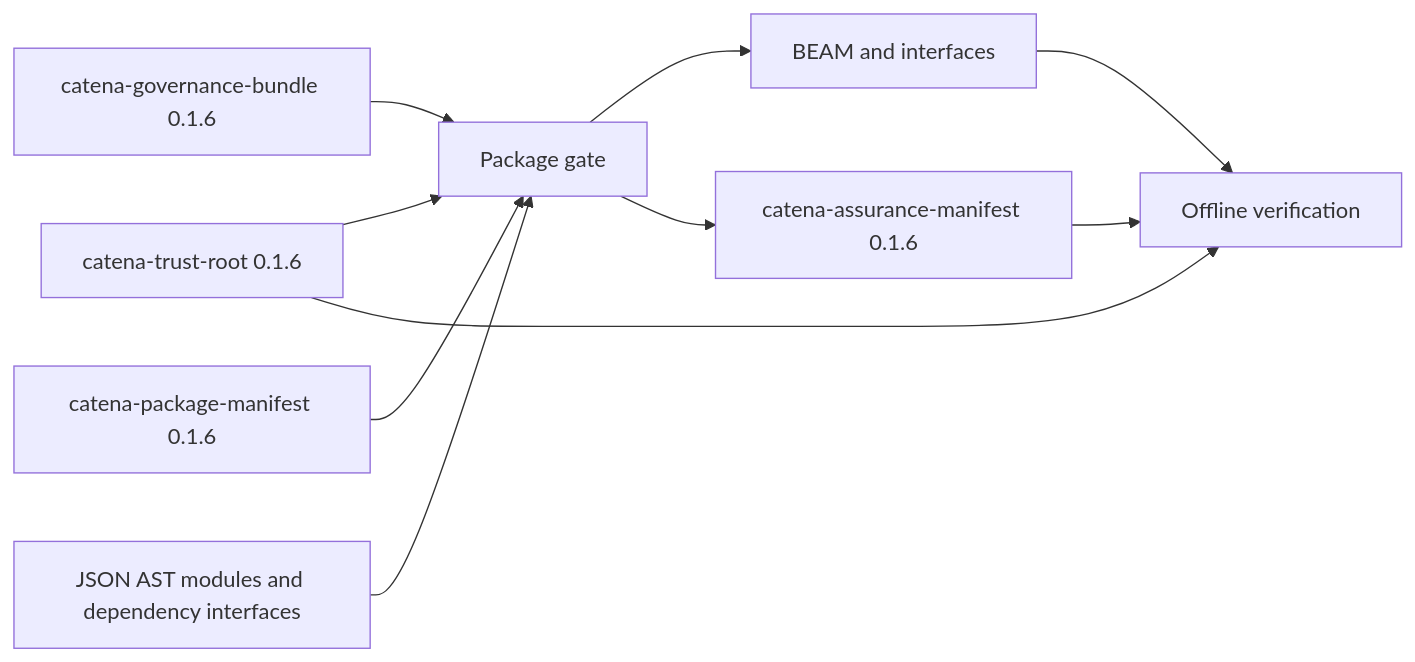
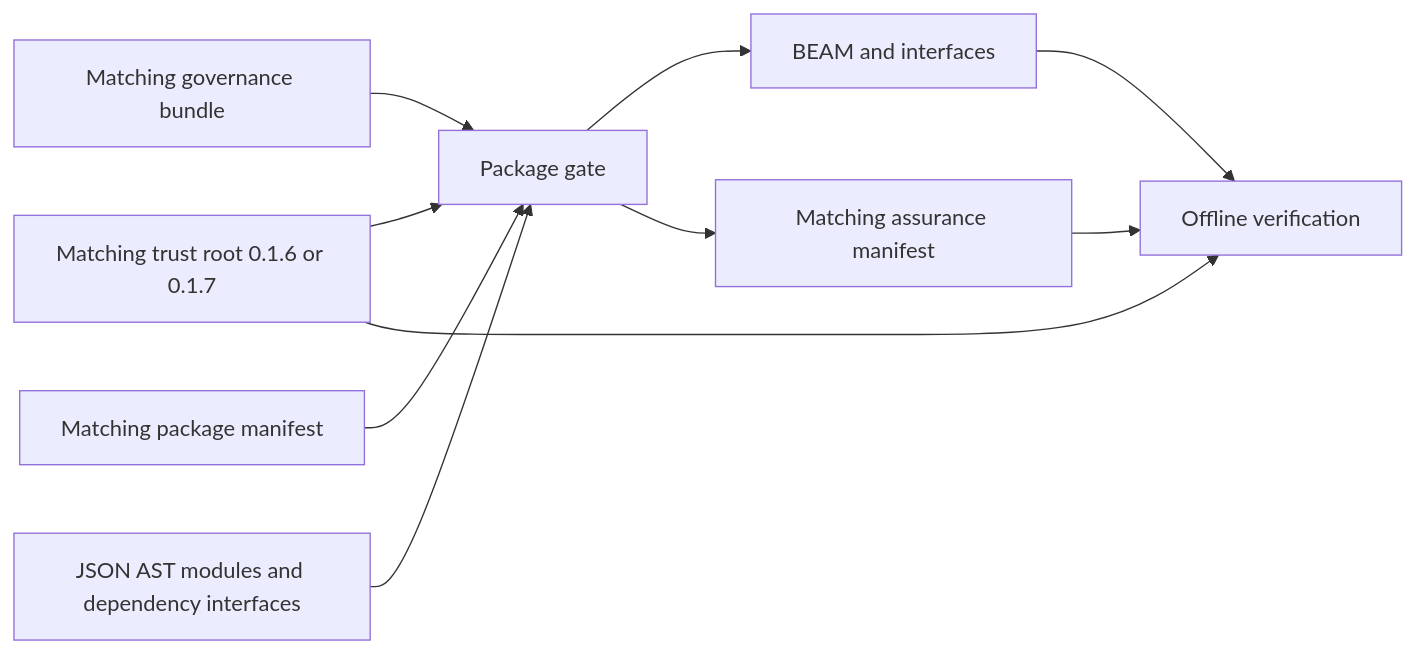
The second of 3 diagrams in guides/operations/governance-operations.md (pcharbon70/catena), drawn with Mermaid before and after one commit. The commit also changed other lines of this file and 39 other files, not shown here.

````diff
--- a/guides/operations/governance-operations.md
+++ b/guides/operations/governance-operations.md
@@ -68,12 +74,12 @@
 ```mermaid
 flowchart LR
-    Root[catena-trust-root 0.1.6] --> Gate[Package gate]
-    Bundle[catena-governance-bundle 0.1.6] --> Gate
-    Package[catena-package-manifest 0.1.6] --> Gate
+    Root[Matching trust root 0.1.6 or 0.1.7] --> Gate[Package gate]
+    Bundle[Matching governance bundle] --> Gate
+    Package[Matching package manifest] --> Gate
     Sources[JSON AST modules and dependency interfaces] --> Gate
     Gate --> Runtime[BEAM and interfaces]
-    Gate --> Assurance[catena-assurance-manifest 0.1.6]
+    Gate --> Assurance[Matching assurance manifest]
     Assurance --> Verify[Offline verification]
     Root --> Verify
     Runtime --> Verify
 ```
````
